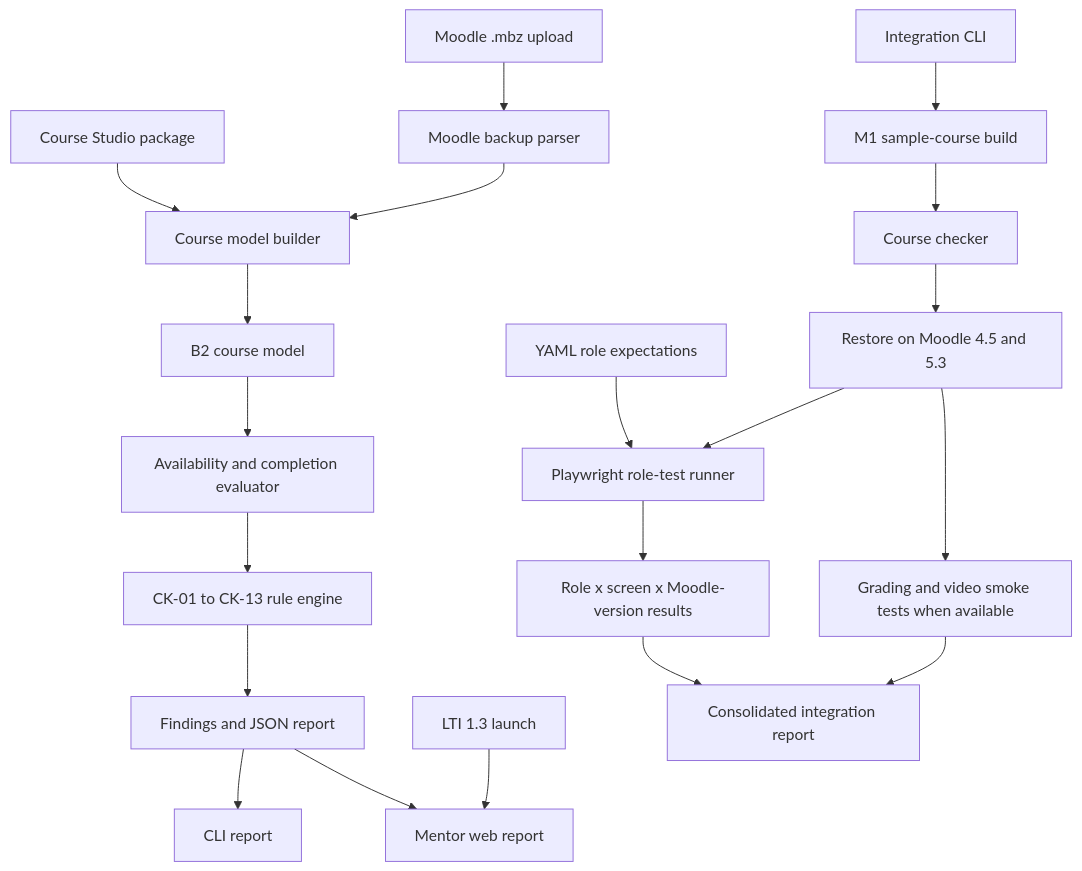
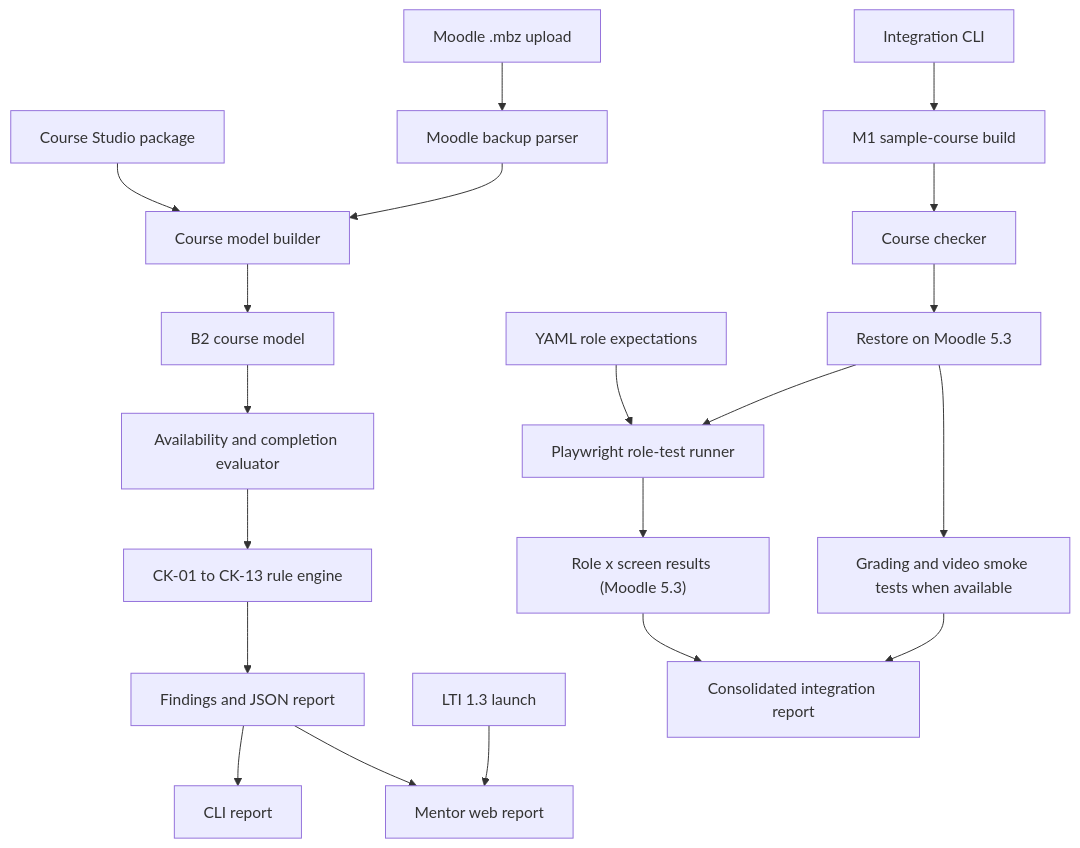
Before and after one commit to narenccode/learnops: the diagram in docs/design/checker.md, drawn with Mermaid. The commit also changed other lines of this file and 3 other files, not shown here.

````diff
--- a/docs/design/checker.md
+++ b/docs/design/checker.md
@@ -40,24 +40,24 @@
 ```mermaid
 flowchart TD
     A[Course Studio package] --> B[Course model builder]
     C[Moodle .mbz upload] --> D[Moodle backup parser]
     D --> B
     B --> E[B2 course model]
     E --> F[Availability and completion evaluator]
     F --> G[CK-01 to CK-13 rule engine]
     G --> H[Findings and JSON report]
     H --> I[CLI report]
     H --> J[Mentor web report]
 
     K[LTI 1.3 launch] --> J
     L[YAML role expectations] --> M[Playwright role-test runner]
-    M --> N[Role x screen x Moodle-version results]
+    M --> N["Role x screen results (Moodle 5.3)"]
 
     O[Integration CLI] --> P[M1 sample-course build]
     P --> Q[Course checker]
-    Q --> R[Restore on Moodle 4.5 and 5.3]
+    Q --> R[Restore on Moodle 5.3]
     R --> M
     R --> S[Grading and video smoke tests when available]
     N --> T[Consolidated integration report]
     S --> T
 ```
````
